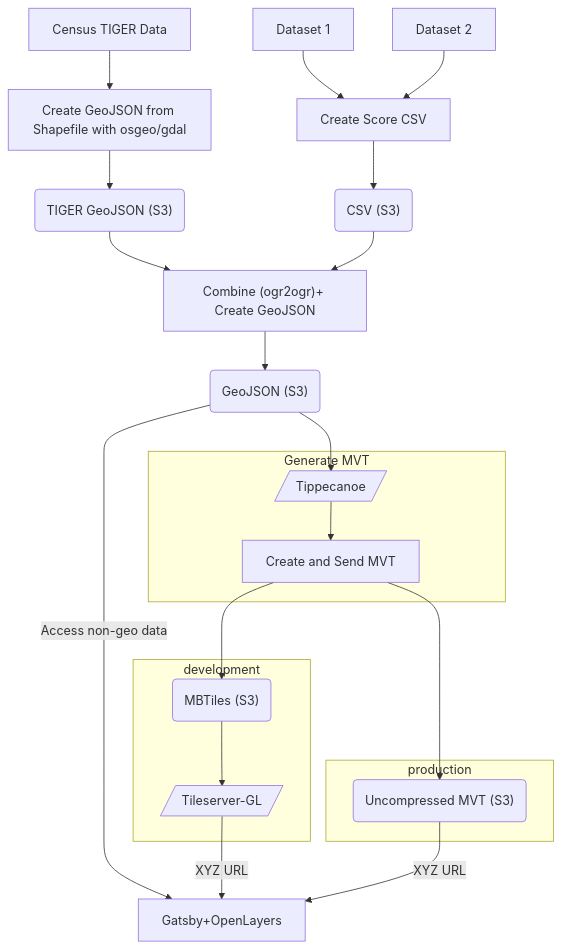
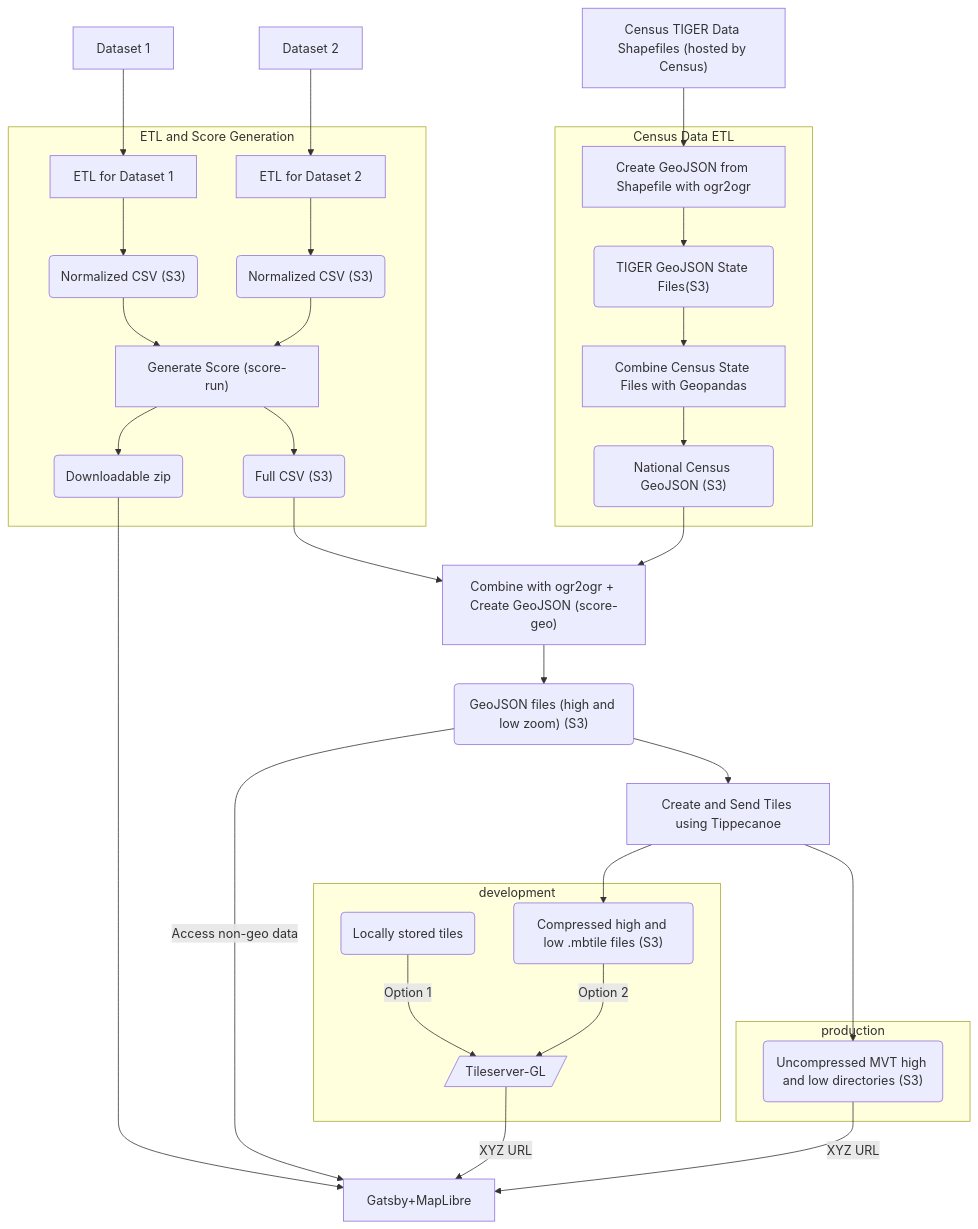
The diagram in docs/architecture/geodata-pipeline-arch.mmd (usds/justice40-tool), drawn with Mermaid before and after one commit. The commit also changed other lines of this file and 7 other files, not shown here.

First line of the commit message:
Update diagrams in architecture docs

```diff
--- a/docs/architecture/geodata-pipeline-arch.mmd
+++ b/docs/architecture/geodata-pipeline-arch.mmd
@@ -1,22 +1,37 @@
 graph TD
-    Dataset1["Dataset 1"]-->Score
-    Dataset2["Dataset 2"]-->Score
-    Census["Census TIGER Data"]-->CGTiger
-    CGTiger["Create GeoJSON from Shapefile with osgeo/gdal"]-->TS3
-    TS3("TIGER GeoJSON (S3)")-->CGJ
-    Score["Create Score CSV"]-->CSV
-    CSV("CSV (S3)")-->CGJ
-    CGJ["Combine (ogr2ogr)+ Create GeoJSON"]-->GeoJSON
-    GeoJSON("GeoJSON (S3)")-->Tip
+    Dataset1["Dataset 1"]-->ETL1
+    Dataset2["Dataset 2"]-->ETL2
+    subgraph "ETL and Score Generation"
+        ETL1["ETL for Dataset 1"]-->ncsv1("Normalized CSV (S3)")
+        ETL2["ETL for Dataset 2"]-->ncsv2("Normalized CSV (S3)")
+        ncsv1-->Score
+        ncsv2-->Score
+        Score-->DL("Downloadable zip")
+        Score["Generate Score (score-run)"]-->CSV
+    end
+    DL-->Client
+
+    Census["Census TIGER Data Shapefiles (hosted by Census)"]-->CGTiger
+    subgraph "Census Data ETL"
+        CGTiger["Create GeoJSON from Shapefile with ogr2ogr"]-->TS3
+        TS3("TIGER GeoJSON State Files(S3)")-->CombineCensus["Combine Census State Files with Geopandas"]
+        CombineCensus-->NCS3("National Census GeoJSON (S3)")
+    end
+    
+    CSV("Full CSV (S3)")-->CGJ
+    NCS3-->CGJ
+    CGJ["Combine with ogr2ogr + Create GeoJSON (score-geo)"]-->GeoJSON
+    GeoJSON("GeoJSON files (high and low zoom) (S3)")-->Tip
     GeoJSON--"Access non-geo data"-->Client
-    subgraph "Generate MVT"
-        Tip[/Tippecanoe/]-->CreateMVT["Create and Send MVT"]
-    end
+    Tip["Create and Send Tiles using Tippecanoe"]-->Uncompressed
+    Tip-->Compressed
     subgraph production
-        CreateMVT-->Uncompressed("Uncompressed MVT (S3)")
+        Uncompressed("Uncompressed MVT high and low directories (S3)")
     end
     subgraph development
-        CreateMVT-->Compressed("MBTiles (S3)")-->TS[/Tileserver-GL/]
+        Local("Locally stored tiles")--"Option 1"-->TS
+        Compressed("Compressed high and low .mbtile files (S3)")--"Option 2"-->TS[/Tileserver-GL/]
     end
+    
     TS--"XYZ URL"-->Client
-    Uncompressed--"XYZ URL"-->Client["Gatsby+OpenLayers"]
+    Uncompressed--"XYZ URL"-->Client["Gatsby+MapLibre"]
```
